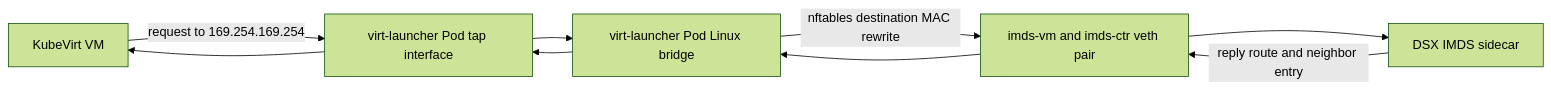
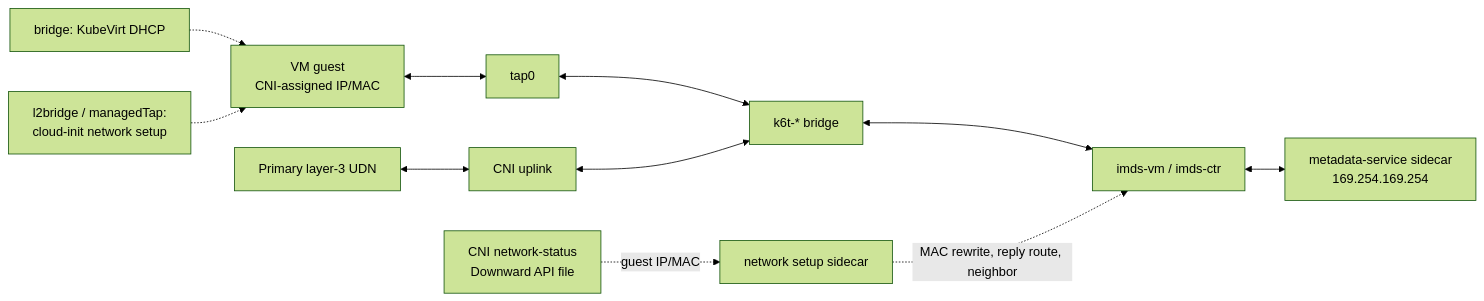
The diagram in cmd/dsx-imds-network-setup/README.md (dsx-ai-factory/nvidia-workload-identity), drawn with Mermaid (forest theme) before and after one commit. The commit also changed other lines of this file and 6 other files, not shown here.

````diff
--- a/cmd/dsx-imds-network-setup/README.md
+++ b/cmd/dsx-imds-network-setup/README.md
@@ -18,11 +18,14 @@
 ```mermaid
 flowchart LR
-    VM["KubeVirt VM"] -->|"request to 169.254.169.254"| Tap["virt-launcher Pod tap interface"]
-    Tap --> Bridge["virt-launcher Pod Linux bridge"]
-    Bridge -->|"nftables destination MAC rewrite"| Veth["imds-vm and imds-ctr veth pair"]
-    Veth --> Metadata["DSX IMDS sidecar"]
-    Metadata -->|"reply route and neighbor entry"| Veth
-    Veth --> Bridge
-    Bridge --> Tap
-    Tap --> VM
+    Guest["VM guest<br/>CNI-assigned IP/MAC"] <--> Tap["tap0"]
+    Tap <--> Bridge["k6t-* bridge"]
+    Bridge <--> Veth["imds-vm / imds-ctr"]
+    Veth <--> Metadata["metadata-service sidecar<br/>169.254.169.254"]
+    UDN["Primary layer-3 UDN"] <--> Uplink["CNI uplink"]
+    Uplink <--> Bridge
+
+    DHCP["bridge: KubeVirt DHCP"] -.-> Guest
+    CloudInit["l2bridge / managedTap:<br/>cloud-init network setup"] -.-> Guest
+    Status["CNI network-status<br/>Downward API file"] -.->|"guest IP/MAC"| Setup["network setup sidecar"]
+    Setup -.->|"MAC rewrite, reply route, neighbor"| Veth
 ```
````
